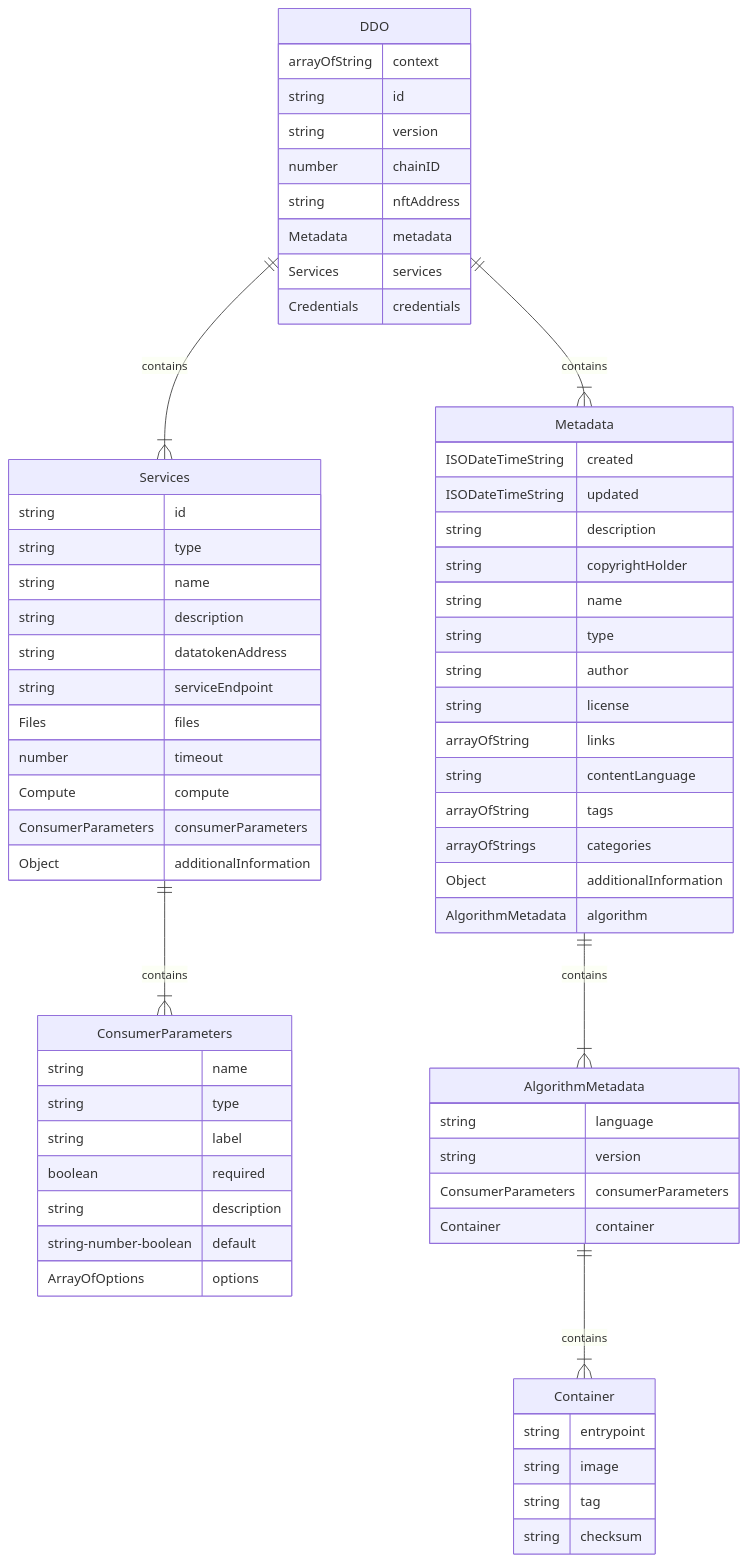
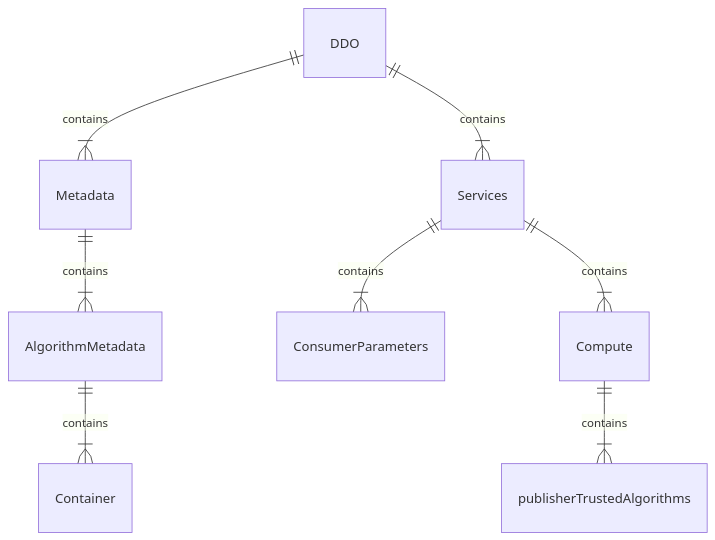
One commit to oceanprotocol/docs changed the diagram in developers/ddo-specification.md. Above: the diagram before and after it, drawn with Mermaid. The commit also changed 1 other file, not shown here.

Commit message:
GITBOOK-581: change request with no subject merged in GitBook

````diff
--- a/developers/ddo-specification.md
+++ b/developers/ddo-specification.md
@@ -16,72 +14,20 @@
 ```mermaid
 erDiagram
-DDO ||--|{ Metadata : contains
-DDO ||--|{ Services : contains
+DDO
+Metadata
+Services
+Compute
+publisherTrustedAlgorithms
+ConsumerParameters
+AlgorithmMetadata
+Container
+DDO ||--|{Metadata : contains
+DDO ||--|{Services : contains
+Metadata ||--|{AlgorithmMetadata : contains
+AlgorithmMetadata ||--|{Container : contains
+Compute ||--|{ publisherTrustedAlgorithms : contains
+Services ||--|{ Compute : contains
 Services ||--|{ ConsumerParameters : contains
-Metadata ||--|{ AlgorithmMetadata : contains
-AlgorithmMetadata ||--|{ Container : contains
-    DDO {
-        arrayOfString context
-        string id
-        string version
-        number chainID
-        string nftAddress 
-        Metadata metadata
-        Services services
-        Credentials credentials       
-}
-    Metadata {
-        ISODateTimeString created
-        ISODateTimeString updated
-        string description
-        string copyrightHolder
-        string name
-        string type
-        string author
-        string license
-        arrayOfString links
-        string contentLanguage
-        arrayOfString tags
-        arrayOfStrings categories
-        Object additionalInformation
-        AlgorithmMetadata algorithm
-}
-
-AlgorithmMetadata {
-    string language
-    string version
-    ConsumerParameters consumerParameters
-    Container container
-}
-
-Container {
-string entrypoint
-string image
-string tag
-string checksum
-}
-
-Services {
-string id
-string type
-string name
-string description
-string datatokenAddress
-string serviceEndpoint
-Files files
-number timeout
-Compute compute
-ConsumerParameters consumerParameters
-Object additionalInformation
-}
-
-ConsumerParameters {
-string name
-string type
-string label
-boolean required
-string description
-string-number-boolean default
-ArrayOfOptions options
-}
+ 
+ 
 ```
````
